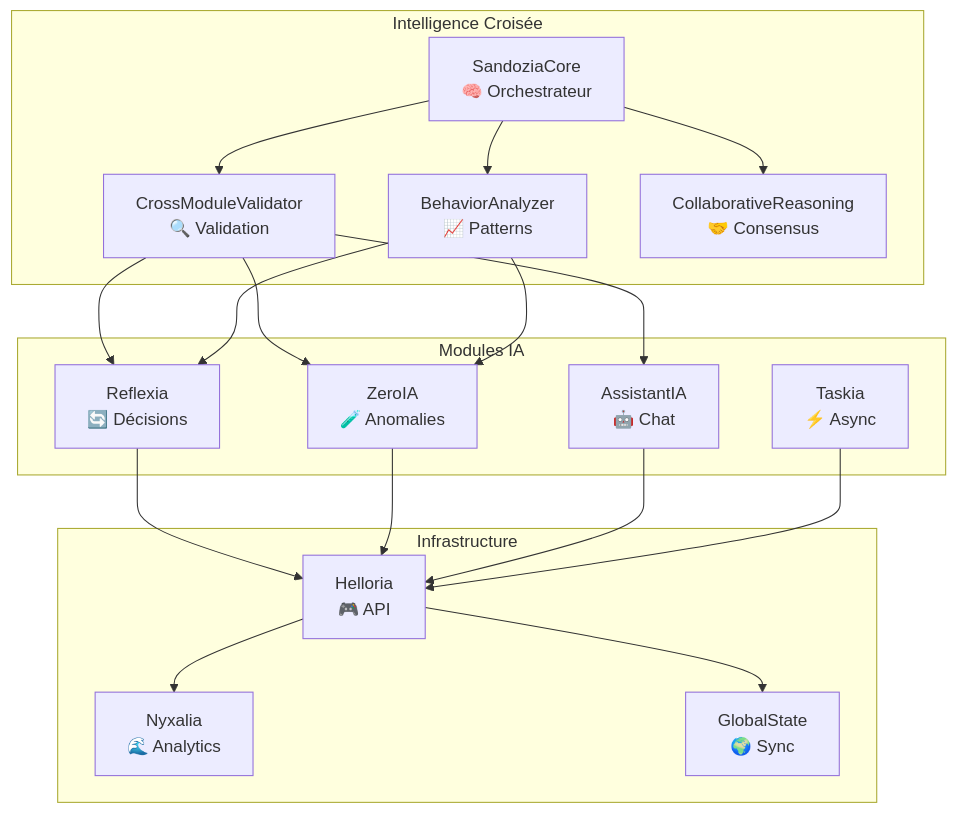
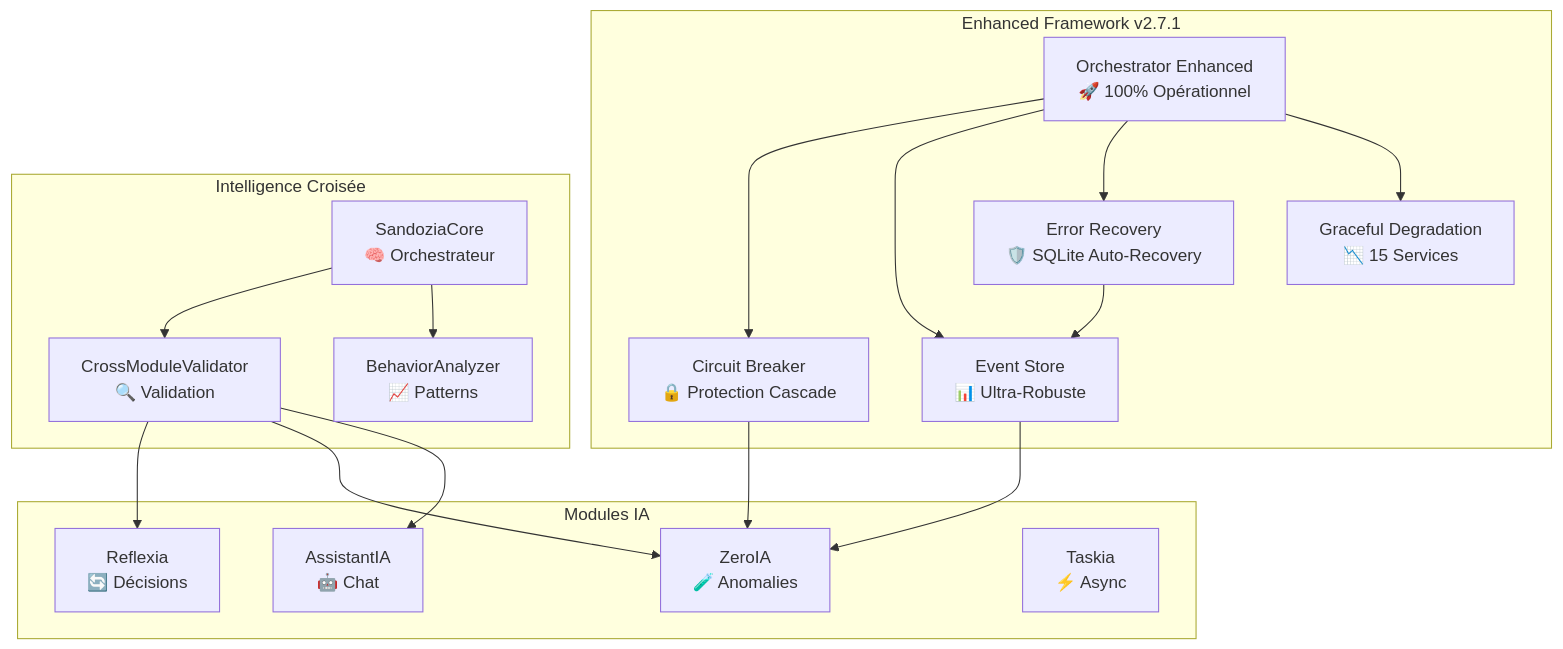
The diagram in docs/index.md (athalia-siwek/arkalia-luna-pro), drawn with Mermaid before and after one commit. The commit also changed other lines of this file and 1212 other files, not shown here.

````diff
--- a/docs/index.md
+++ b/docs/index.md
@@ -69,37 +59,36 @@
 ```mermaid
 graph TB
+    subgraph "Enhanced Framework v2.7.1"
+        OE[Orchestrator Enhanced<br/>🚀 100% Opérationnel]
+        CB[Circuit Breaker<br/>🔒 Protection Cascade]
+        ES[Event Store<br/>📊 Ultra-Robuste]
+        ERS[Error Recovery<br/>🛡️ SQLite Auto-Recovery]
+        GD[Graceful Degradation<br/>📉 15 Services]
+    end
+
     subgraph "Intelligence Croisée"
         SC[SandoziaCore<br/>🧠 Orchestrateur]
         CMV[CrossModuleValidator<br/>🔍 Validation]
         BA[BehaviorAnalyzer<br/>📈 Patterns]
-        CR[CollaborativeReasoning<br/>🤝 Consensus]
     end
 
     subgraph "Modules IA"
         R[Reflexia<br/>🔄 Décisions]
         Z[ZeroIA<br/>🧪 Anomalies]
         A[AssistantIA<br/>🤖 Chat]
         T[Taskia<br/>⚡ Async]
     end
 
-    subgraph "Infrastructure"
-        H[Helloria<br/>🎮 API]
-        N[Nyxalia<br/>🌊 Analytics]
-        GS[GlobalState<br/>🌍 Sync]
-    end
-
+    OE --> CB
+    OE --> ES
+    OE --> ERS
+    OE --> GD
+    CB --> Z
+    ES --> Z
+    ERS --> ES
     SC --> CMV
     SC --> BA
-    SC --> CR
     CMV --> R
     CMV --> Z
     CMV --> A
-    BA --> R
-    BA --> Z
-    R --> H
-    Z --> H
-    A --> H
-    T --> H
-    H --> N
-    H --> GS
 ```
````
